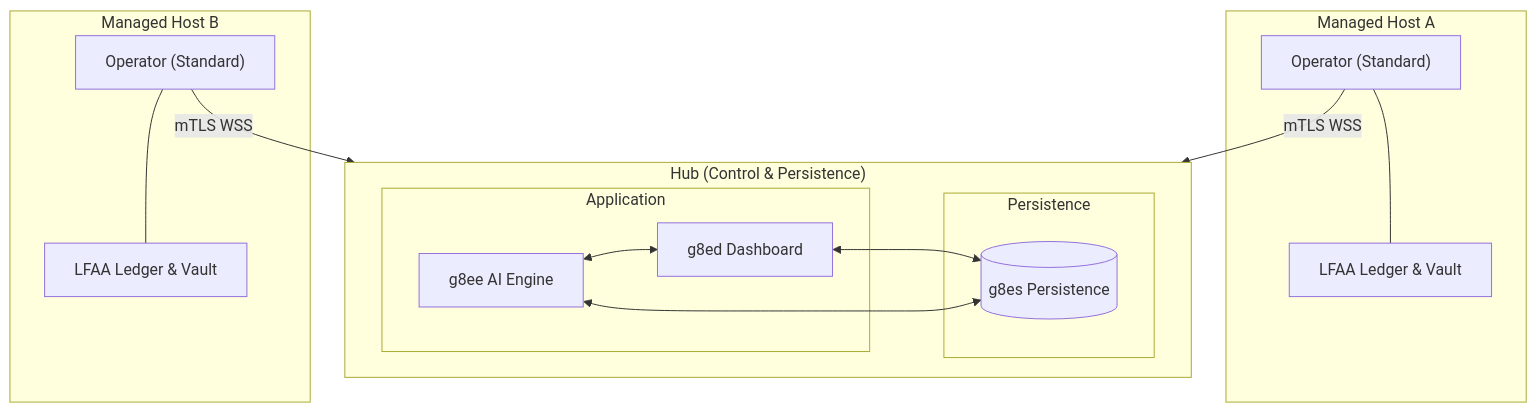
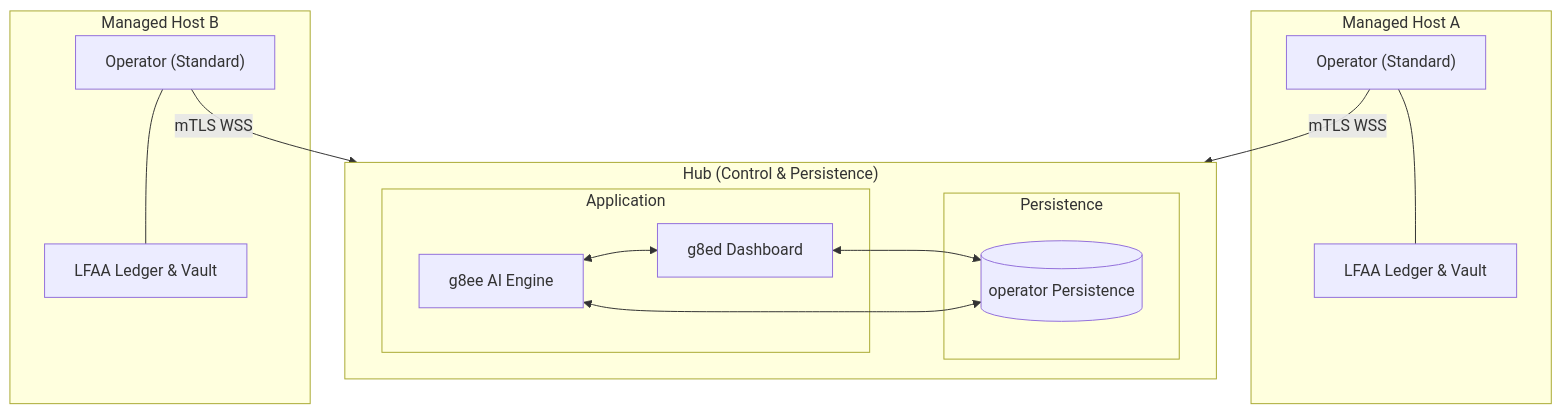
Before and after one commit to g8e-ai/g8e: the diagram in docs/architecture/operator.md, drawn with Mermaid. The commit also changed other lines of this file and 1678 other files, not shown here.

````diff
--- a/docs/architecture/operator.md
+++ b/docs/architecture/operator.md
@@ -25,29 +25,29 @@
 ```mermaid
 flowchart TD
     subgraph Hub ["Hub (Control & Persistence)"]
         direction LR
         subgraph App ["Application"]
             g8ed["g8ed Dashboard"]
             g8ee["g8ee AI Engine"]
             g8ee <--> g8ed
         end
 
         subgraph Data ["Persistence"]
-            g8es[("g8es Persistence")]
+            operator[("operator Persistence")]
         end
 
-        g8ed <--> g8es
-        g8ee <--> g8es
+        g8ed <--> operator
+        g8ee <--> operator
     end
 
     subgraph EP_A ["Managed Host A"]
         OPA["Operator (Standard)"] --- LFAA_A["LFAA Ledger & Vault"]
     end
 
     subgraph EP_B ["Managed Host B"]
         OPB["Operator (Standard)"] --- LFAA_B["LFAA Ledger & Vault"]
     end
 
     OPA -- "mTLS WSS" --> g8ed
     OPB -- "mTLS WSS" --> g8ed
 ```
````
